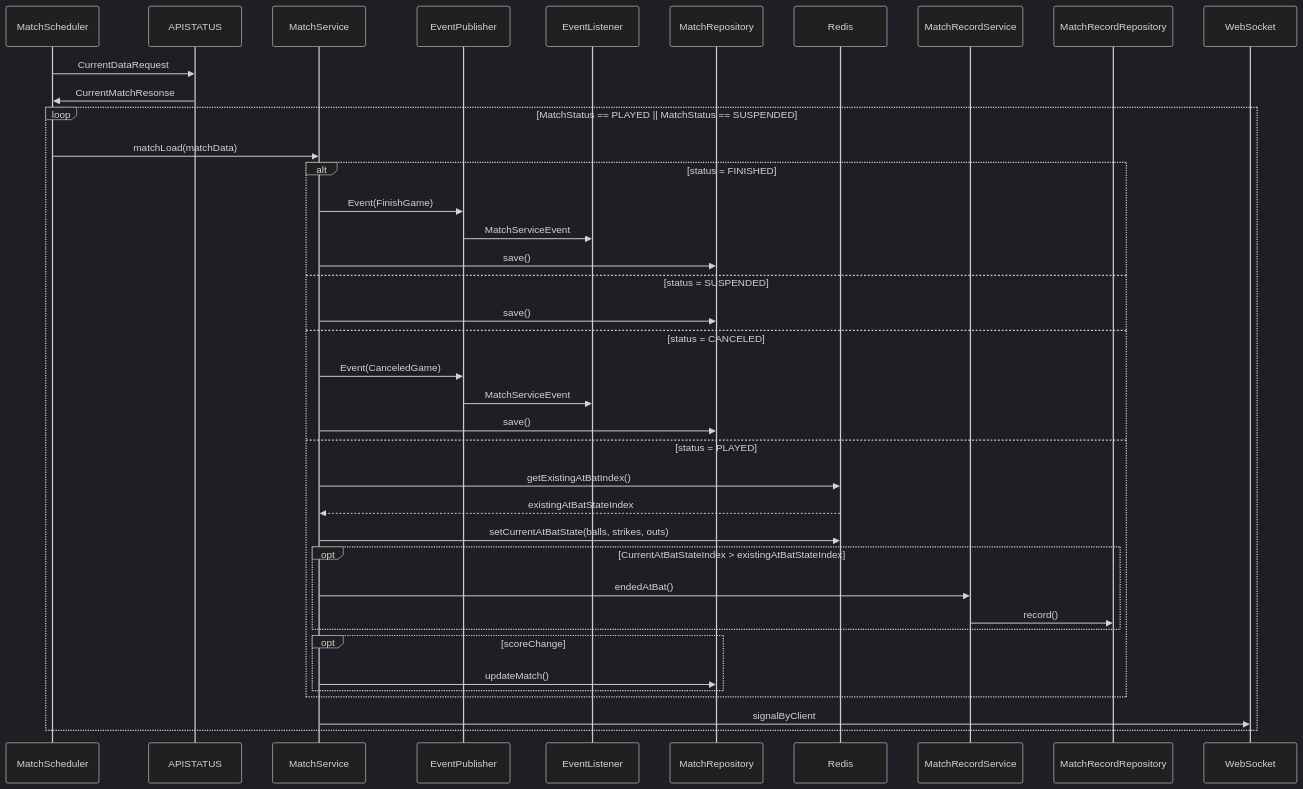
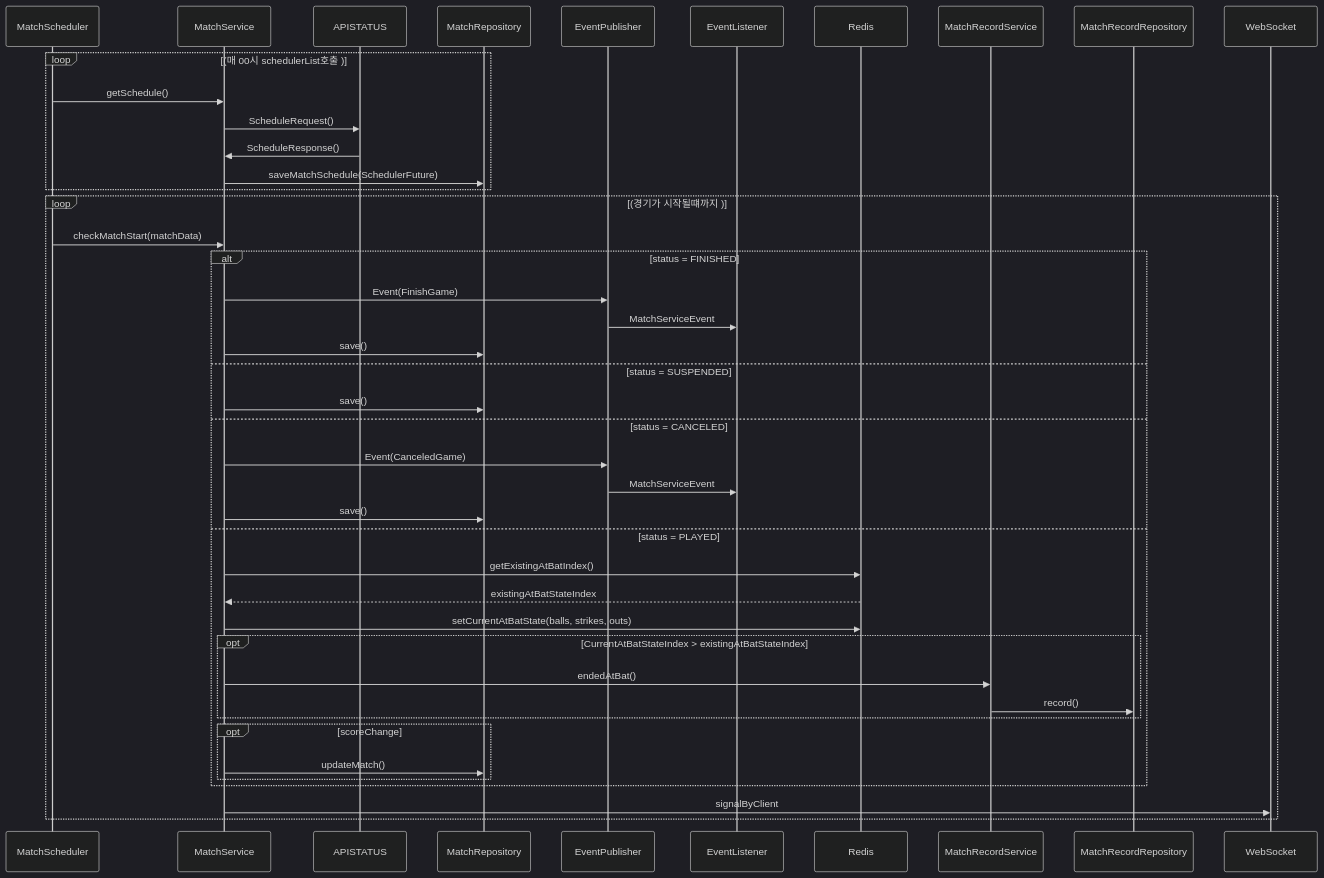
The third of 6 diagrams in README.md (Honn5707/MlbBroadcast), drawn with Mermaid (dark theme) before and after one commit. The commit also changed 10 other files, not shown here.

````diff
--- a/README.md
+++ b/README.md
@@ -242,43 +242,48 @@
 ``` mermaid
 sequenceDiagram
 
+    loop (매 00시 schedulerList호출 )
+    MatchScheduler ->>  MatchService : getSchedule()
+    MatchService ->> APISTATUS: ScheduleRequest()
+    APISTATUS ->> MatchService : ScheduleResponse()
+    MatchService ->> MatchRepository: saveMatchSchedule(SchedulerFuture)
+    end
 
-    MatchScheduler ->> APISTATUS : CurrentDataRequest
-    APISTATUS ->> MatchScheduler : CurrentMatchResonse
-    loop MatchStatus == PLAYED || MatchStatus == SUSPENDED
-    MatchScheduler ->> MatchService :  matchLoad(matchData)
+
+    loop (경기가 시작될떄까지 )
+    MatchScheduler ->> MatchService :  checkMatchStart(matchData)
     alt status = FINISHED
 
         MatchService ->> EventPublisher : Event(FinishGame)
         EventPublisher ->> EventListener : MatchServiceEvent
         MatchService ->> MatchRepository : save()
     
     else status = SUSPENDED
         MatchService ->> MatchRepository : save()
 
      else status = CANCELED
         MatchService ->> EventPublisher : Event(CanceledGame)
         EventPublisher ->> EventListener : MatchServiceEvent
         MatchService ->> MatchRepository : save()
     else status = PLAYED
         MatchService ->> Redis : getExistingAtBatIndex()
         Redis -->> MatchService : existingAtBatStateIndex
         MatchService ->> Redis : setCurrentAtBatState(balls, strikes, outs)
         opt CurrentAtBatStateIndex > existingAtBatStateIndex
         MatchService ->> MatchRecordService : endedAtBat()
         MatchRecordService ->> MatchRecordRepository : record()
     end
 
     opt scoreChange
         MatchService ->> MatchRepository : updateMatch()
     end
     end
     
         MatchService ->> WebSocket: signalByClient
 
     end 
     
     
 
     
 ```
````
